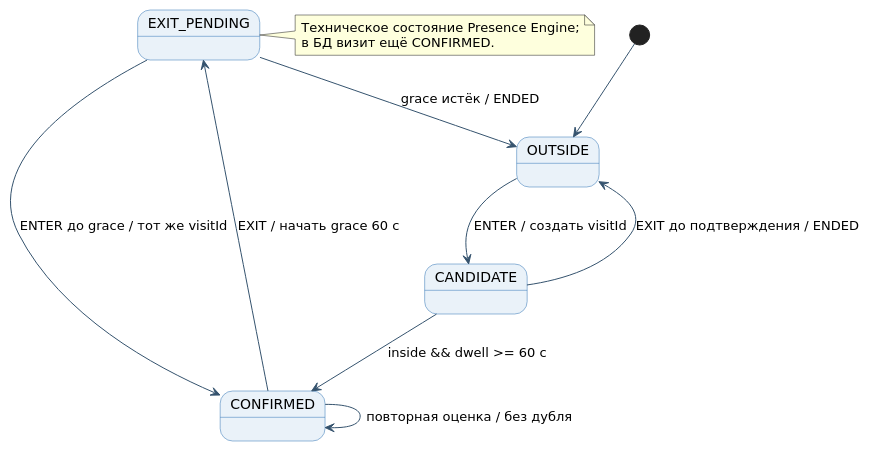
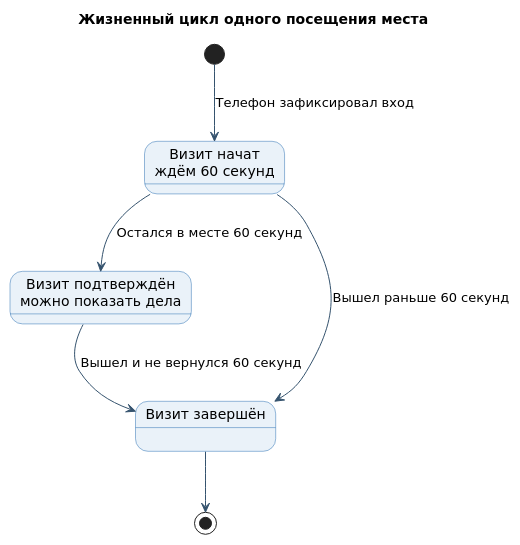
One commit to techmo0/GoCue changed the diagram in docs/lab-02/diagrams/07-state.puml. Above: the diagram before and after it, drawn with PlantUML. The commit also changed 5 other files, not shown here.

Commit message:
Simplify visit state diagram in Russian

```diff
--- a/docs/lab-02/diagrams/07-state.puml
+++ b/docs/lab-02/diagrams/07-state.puml
@@ -1,24 +1,21 @@
 @startuml
+title Жизненный цикл одного посещения места
 skinparam backgroundColor white
 skinparam shadowing false
 skinparam defaultFontName "DejaVu Sans"
 skinparam state {
   BackgroundColor #EAF2F9
   BorderColor #2D70B2
   ArrowColor #35536E
 }
 
-[*] --> OUTSIDE
-OUTSIDE --> CANDIDATE : ENTER / создать visitId
-CANDIDATE --> CONFIRMED : inside && dwell >= 60 с
-CANDIDATE --> OUTSIDE : EXIT до подтверждения / ENDED
-CONFIRMED --> EXIT_PENDING : EXIT / начать grace 60 с
-EXIT_PENDING --> CONFIRMED : ENTER до grace / тот же visitId
-EXIT_PENDING --> OUTSIDE : grace истёк / ENDED
-CONFIRMED --> CONFIRMED : повторная оценка / без дубля
+state "Визит начат\nждём 60 секунд" as Candidate
+state "Визит подтверждён\nможно показать дела" as Confirmed
+state "Визит завершён" as Ended
 
-note right of EXIT_PENDING
-  Техническое состояние Presence Engine;
-  в БД визит ещё CONFIRMED.
-end note
+[*] --> Candidate : Телефон зафиксировал вход
+Candidate --> Confirmed : Остался в месте 60 секунд
+Candidate --> Ended : Вышел раньше 60 секунд
+Confirmed --> Ended : Вышел и не вернулся 60 секунд
+Ended --> [*]
 @enduml
```
